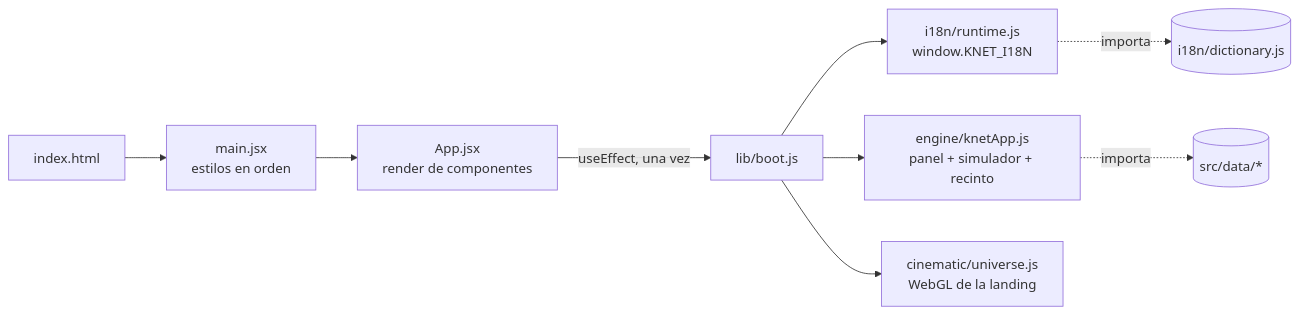
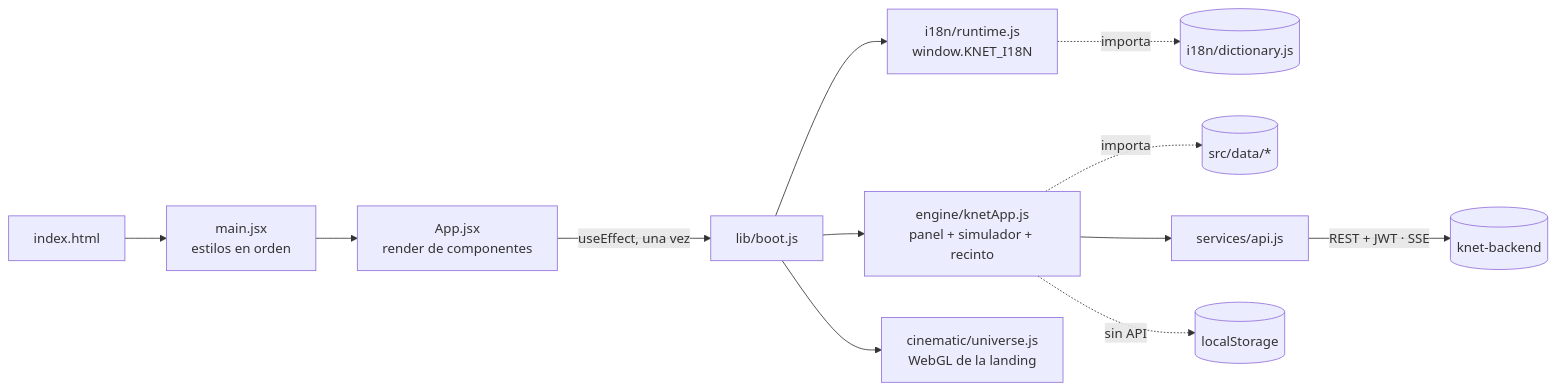
One commit to KNET-Team-Acc/knet-frontend changed the diagram in README.md. Above: the diagram before and after it, drawn with Mermaid. The commit also changed other lines of this file, not shown here.

First line of the commit message:
docs: update the README for the real backend, LinkedIn, AI, QR/NFC and live deploys

````diff
--- a/README.md
+++ b/README.md
@@ -249,11 +271,14 @@
 ```mermaid
 flowchart LR
     A[index.html] --> B[main.jsx<br/>estilos en orden]
     B --> C[App.jsx<br/>render de componentes]
     C -->|useEffect, una vez| D[lib/boot.js]
     D --> E[i18n/runtime.js<br/>window.KNET_I18N]
     D --> F[engine/knetApp.js<br/>panel + simulador + recinto]
     D --> G[cinematic/universe.js<br/>WebGL de la landing]
     F -.importa.-> H[(src/data/*)]
     E -.importa.-> I[(i18n/dictionary.js)]
+    F --> J[services/api.js]
+    J -->|REST + JWT · SSE| K[(knet-backend)]
+    F -.sin API.-> L[(localStorage)]
 ```
````
